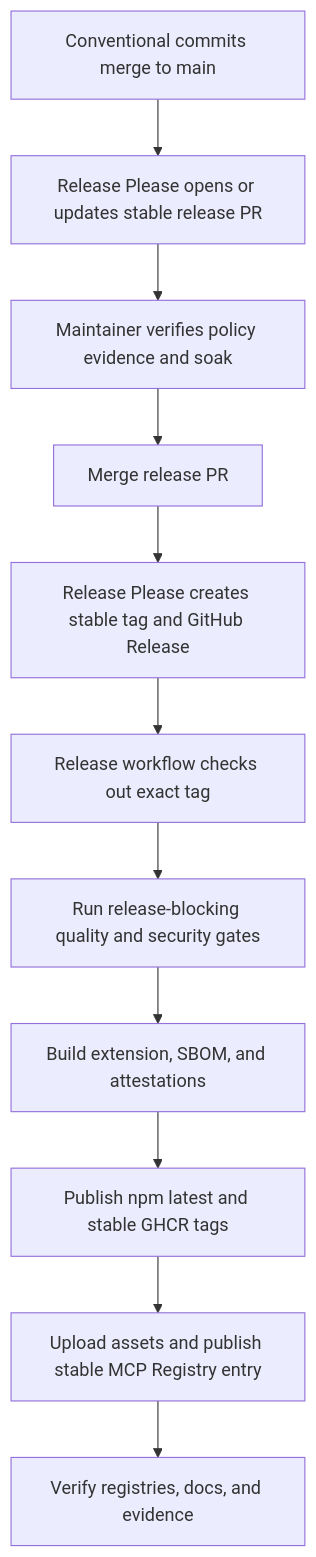
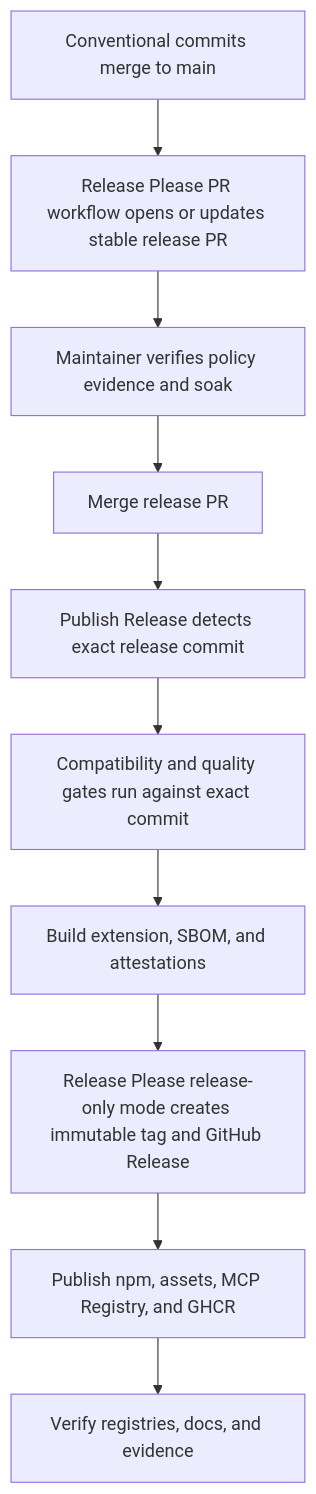
One commit to nevvkid/easyeda-mcp-pro changed the diagram in docs/RELEASE_PROCESS.md. Above: the diagram before and after it, drawn with Mermaid. The commit also changed other lines of this file and 14 other files, not shown here.

````diff
--- a/docs/RELEASE_PROCESS.md
+++ b/docs/RELEASE_PROCESS.md
@@ -27,13 +27,12 @@
 ```mermaid
 graph TD
-    A[Conventional commits merge to main] --> B[Release Please opens or updates stable release PR]
+    A[Conventional commits merge to main] --> B[Release Please PR workflow opens or updates stable release PR]
     B --> C[Maintainer verifies policy evidence and soak]
     C --> D[Merge release PR]
-    D --> E[Release Please creates stable tag and GitHub Release]
-    E --> F[Release workflow checks out exact tag]
-    F --> G[Run release-blocking quality and security gates]
-    G --> H[Build extension, SBOM, and attestations]
-    H --> I[Publish npm latest and stable GHCR tags]
-    I --> J[Upload assets and publish stable MCP Registry entry]
-    J --> K[Verify registries, docs, and evidence]
+    D --> E[Publish Release detects exact release commit]
+    E --> F[Compatibility and quality gates run against exact commit]
+    F --> G[Build extension, SBOM, and attestations]
+    G --> H[Release Please release-only mode creates immutable tag and GitHub Release]
+    H --> I[Publish npm, assets, MCP Registry, and GHCR]
+    I --> J[Verify registries, docs, and evidence]
 ```
````
